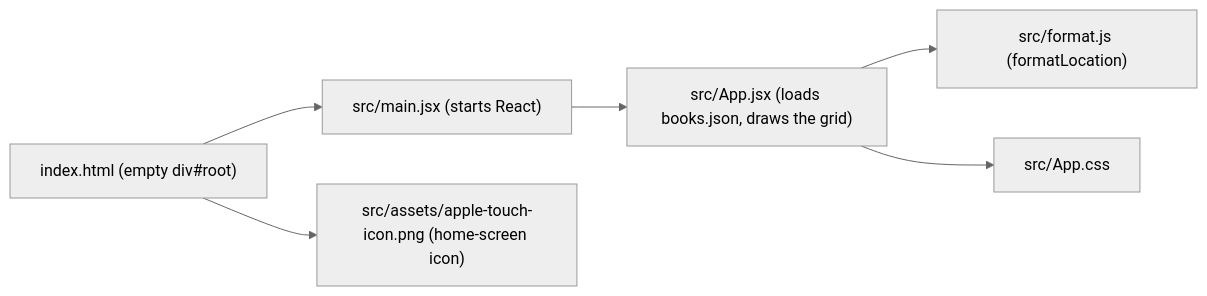
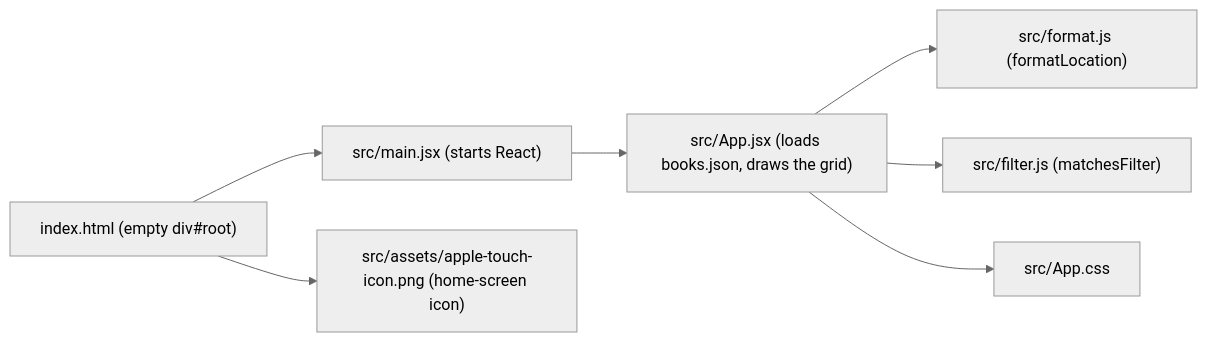
Before and after one commit to fschuhi/haddoapp: the third of 3 diagrams in README.md, drawn with Mermaid (neutral theme). The commit also changed other lines of this file and 3 other files, not shown here.

````diff
--- a/README.md
+++ b/README.md
@@ -81,8 +82,9 @@
 ```mermaid
 flowchart LR
     html["index.html (empty div#root)"] --> main["src/main.jsx (starts React)"]
     main --> app["src/App.jsx (loads books.json, draws the grid)"]
     app --> fmt["src/format.js (formatLocation)"]
+    app --> flt["src/filter.js (matchesFilter)"]
     app --> css["src/App.css"]
     html --> icon["src/assets/apple-touch-icon.png (home-screen icon)"]
 ```
````
